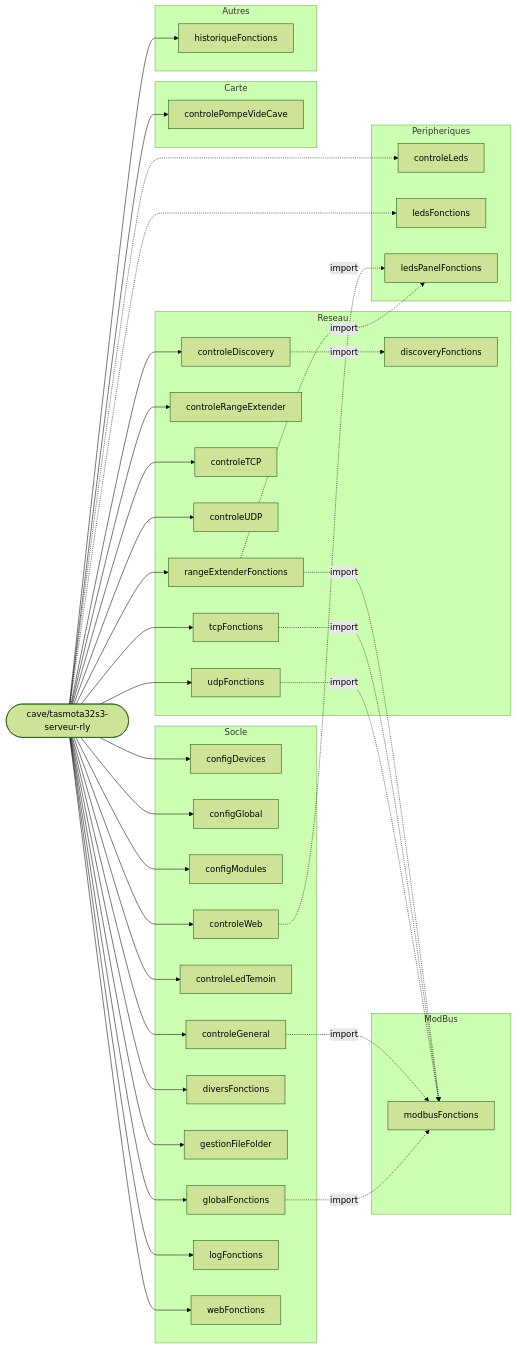
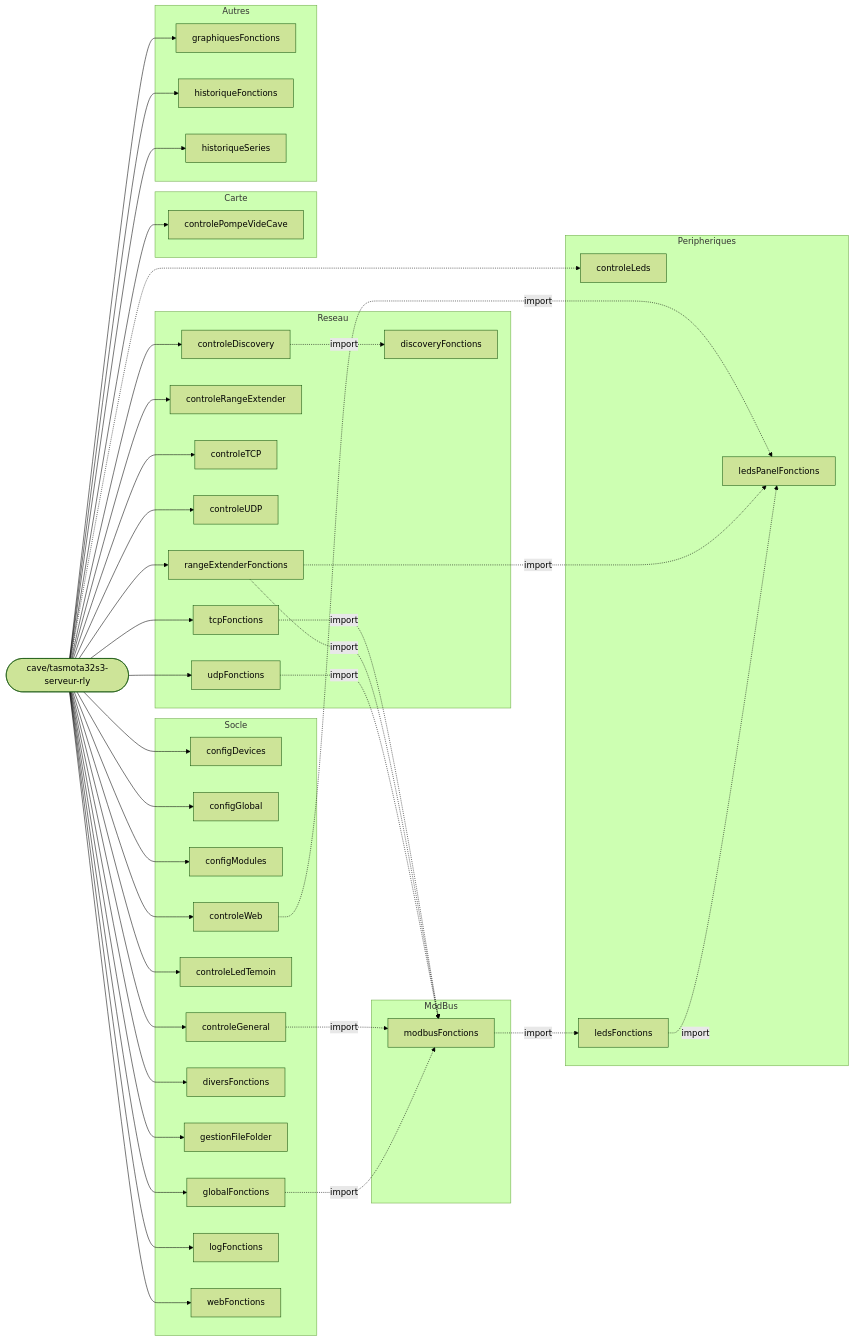
The third of 8 diagrams in outils_docs/CARTE_MODULES_BERRY.md (fdaubercy/Tasmota), drawn with Mermaid (forest theme) before and after one commit. The commit also changed other lines of this file and 1 other file, not shown here.

First line of the commit message:
docs(solidification): pieges 12 et 13, carte des modules regeneree

````diff
--- a/outils_docs/CARTE_MODULES_BERRY.md
+++ b/outils_docs/CARTE_MODULES_BERRY.md
@@ -240,71 +237,76 @@
 ```mermaid
 flowchart LR
     CARTE(["cave/tasmota32s3-serveur-rly"])
     subgraph g_Socle["Socle"]
         m_configDevices["configDevices"]
         m_configGlobal["configGlobal"]
         m_configModules["configModules"]
         m_controleGeneral["controleGeneral"]
         m_controleLedTemoin["controleLedTemoin"]
         m_controleWeb["controleWeb"]
         m_diversFonctions["diversFonctions"]
         m_gestionFileFolder["gestionFileFolder"]
         m_globalFonctions["globalFonctions"]
         m_logFonctions["logFonctions"]
         m_webFonctions["webFonctions"]
     end
     subgraph g_Reseau["Reseau"]
         m_controleDiscovery["controleDiscovery"]
         m_controleRangeExtender["controleRangeExtender"]
         m_controleTCP["controleTCP"]
         m_controleUDP["controleUDP"]
         m_discoveryFonctions["discoveryFonctions"]
         m_rangeExtenderFonctions["rangeExtenderFonctions"]
         m_tcpFonctions["tcpFonctions"]
         m_udpFonctions["udpFonctions"]
     end
     subgraph g_ModBus["ModBus"]
         m_modbusFonctions["modbusFonctions"]
     end
     subgraph g_Peripheriques["Peripheriques"]
         m_controleLeds["controleLeds"]
         m_ledsFonctions["ledsFonctions"]
         m_ledsPanelFonctions["ledsPanelFonctions"]
     end
     subgraph g_Carte["Carte"]
         m_controlePompeVideCave["controlePompeVideCave"]
     end
     subgraph g_Autres["Autres"]
+        m_graphiquesFonctions["graphiquesFonctions"]
         m_historiqueFonctions["historiqueFonctions"]
+        m_historiqueSeries["historiqueSeries"]
     end
     CARTE --> m_configDevices
     CARTE --> m_configGlobal
     CARTE --> m_configModules
     CARTE --> m_controleGeneral
     CARTE --> m_controleLedTemoin
     CARTE --> m_controleWeb
     CARTE --> m_diversFonctions
     CARTE --> m_gestionFileFolder
     CARTE --> m_globalFonctions
     CARTE --> m_logFonctions
     CARTE --> m_webFonctions
     CARTE --> m_controleDiscovery
     CARTE --> m_controleRangeExtender
     CARTE --> m_controleTCP
     CARTE --> m_controleUDP
     m_controleDiscovery -.->|import| m_discoveryFonctions
     CARTE --> m_rangeExtenderFonctions
     CARTE --> m_tcpFonctions
     CARTE --> m_udpFonctions
+    m_controleGeneral -.->|import| m_modbusFonctions
+    m_tcpFonctions -.->|import| m_modbusFonctions
+    m_globalFonctions -.->|import| m_modbusFonctions
     m_rangeExtenderFonctions -.->|import| m_modbusFonctions
-    m_tcpFonctions -.->|import| m_modbusFonctions
     m_udpFonctions -.->|import| m_modbusFonctions
-    m_controleGeneral -.->|import| m_modbusFonctions
-    m_globalFonctions -.->|import| m_modbusFonctions
     CARTE -.-> m_controleLeds
-    CARTE -.-> m_ledsFonctions
+    m_modbusFonctions -.->|import| m_ledsFonctions
+    m_controleWeb -.->|import| m_ledsPanelFonctions
     m_rangeExtenderFonctions -.->|import| m_ledsPanelFonctions
-    m_controleWeb -.->|import| m_ledsPanelFonctions
+    m_ledsFonctions -.->|import| m_ledsPanelFonctions
     CARTE --> m_controlePompeVideCave
+    CARTE --> m_graphiquesFonctions
     CARTE --> m_historiqueFonctions
+    CARTE --> m_historiqueSeries
 ```
````
